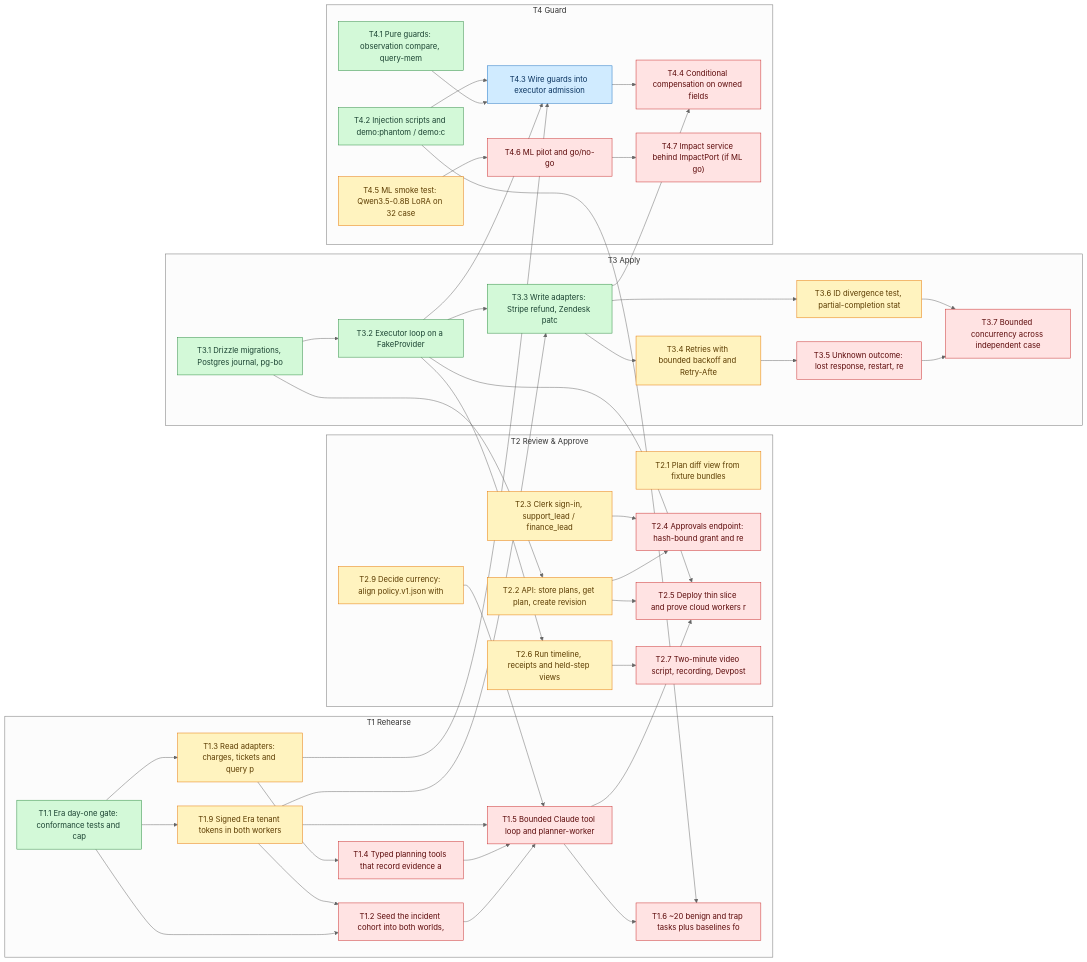
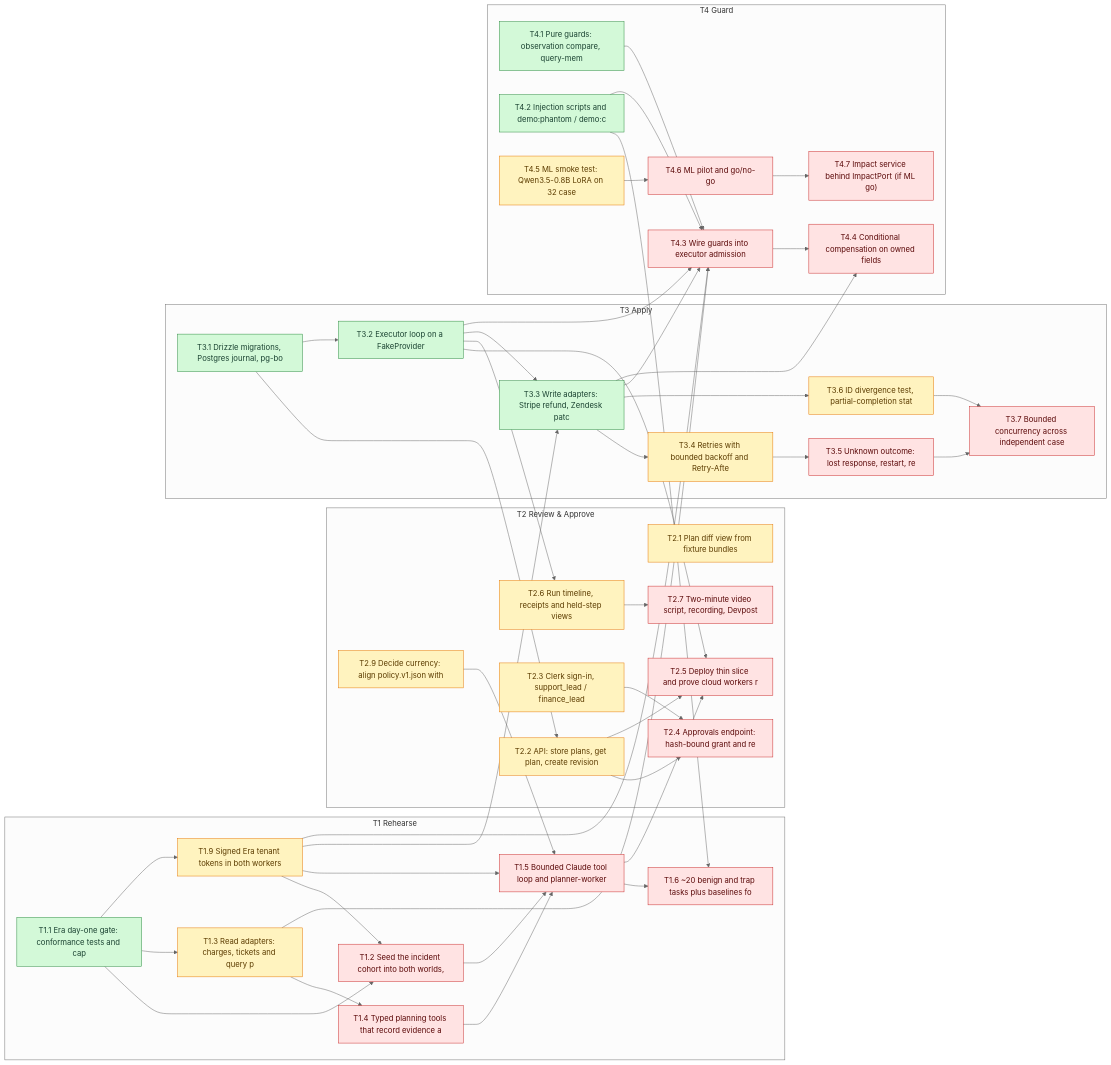
The diagram in BLOCKERS.md (SoroushRF/Rehearsal), drawn with Mermaid (neutral theme) before and after one commit. The commit also changed other lines of this file, not shown here.

````diff
--- a/BLOCKERS.md
+++ b/BLOCKERS.md
@@ -84,80 +84,82 @@
 ```mermaid
 flowchart LR
   classDef done fill:#d3f9d8,stroke:#2b8a3e,color:#1b4332
   classDef review fill:#d0ebff,stroke:#1971c2,color:#0b3460
   classDef progress fill:#e5dbff,stroke:#5f3dc4,color:#2b1a66
   classDef ready fill:#fff3bf,stroke:#e67700,color:#5c3c00
   classDef blocked fill:#ffe3e3,stroke:#c92a2a,color:#5c0a0a
   subgraph T1[T1 Rehearse]
     T1_1["T1.1 Era day-one gate: conformance tests and cap"]:::done
     T1_2["T1.2 Seed the incident cohort into both worlds, "]:::blocked
     T1_3["T1.3 Read adapters: charges, tickets and query p"]:::ready
     T1_4["T1.4 Typed planning tools that record evidence a"]:::blocked
     T1_5["T1.5 Bounded Claude tool loop and planner-worker"]:::blocked
     T1_6["T1.6 ~20 benign and trap tasks plus baselines fo"]:::blocked
     T1_9["T1.9 Signed Era tenant tokens in both workers"]:::ready
   end
   subgraph T2[T2 Review & Approve]
     T2_1["T2.1 Plan diff view from fixture bundles"]:::ready
     T2_2["T2.2 API: store plans, get plan, create revision"]:::ready
     T2_3["T2.3 Clerk sign-in, support_lead / finance_lead "]:::ready
     T2_4["T2.4 Approvals endpoint: hash-bound grant and re"]:::blocked
     T2_5["T2.5 Deploy thin slice and prove cloud workers r"]:::blocked
     T2_6["T2.6 Run timeline, receipts and held-step views "]:::ready
     T2_7["T2.7 Two-minute video script, recording, Devpost"]:::blocked
     T2_9["T2.9 Decide currency: align policy.v1.json with "]:::ready
   end
   subgraph T3[T3 Apply]
     T3_1["T3.1 Drizzle migrations, Postgres journal, pg-bo"]:::done
     T3_2["T3.2 Executor loop on a FakeProvider"]:::done
     T3_3["T3.3 Write adapters: Stripe refund, Zendesk patc"]:::done
     T3_4["T3.4 Retries with bounded backoff and Retry-Afte"]:::ready
     T3_5["T3.5 Unknown outcome: lost response, restart, re"]:::blocked
     T3_6["T3.6 ID divergence test, partial-completion stat"]:::ready
     T3_7["T3.7 Bounded concurrency across independent case"]:::blocked
   end
   subgraph T4[T4 Guard]
     T4_1["T4.1 Pure guards: observation compare, query-mem"]:::done
     T4_2["T4.2 Injection scripts and demo:phantom / demo:c"]:::done
-    T4_3["T4.3 Wire guards into executor admission"]:::review
+    T4_3["T4.3 Wire guards into executor admission"]:::blocked
     T4_4["T4.4 Conditional compensation on owned fields"]:::blocked
     T4_5["T4.5 ML smoke test: Qwen3.5-0.8B LoRA on 32 case"]:::ready
     T4_6["T4.6 ML pilot and go/no-go"]:::blocked
     T4_7["T4.7 Impact service behind ImpactPort (if ML go)"]:::blocked
   end
   T1_1 --> T1_2
   T1_9 --> T1_2
   T1_1 --> T1_3
   T1_3 --> T1_4
   T1_2 --> T1_5
   T1_4 --> T1_5
   T1_9 --> T1_5
   T2_9 --> T1_5
   T1_5 --> T1_6
   T4_2 --> T1_6
   T1_1 --> T1_9
   T3_1 --> T2_2
   T2_2 --> T2_4
   T2_3 --> T2_4
   T2_2 --> T2_5
   T1_5 --> T2_5
   T3_2 --> T2_5
   T3_2 --> T2_6
   T2_6 --> T2_7
   T3_1 --> T3_2
   T3_2 --> T3_3
   T1_9 --> T3_3
   T3_3 --> T3_4
   T3_4 --> T3_5
   T3_3 --> T3_6
   T3_5 --> T3_7
   T3_6 --> T3_7
   T4_1 --> T4_3
   T4_2 --> T4_3
   T3_2 --> T4_3
   T1_3 --> T4_3
+  T3_3 --> T4_3
+  T1_9 --> T4_3
   T4_3 --> T4_4
   T3_3 --> T4_4
   T4_5 --> T4_6
   T4_6 --> T4_7
 ```
````
